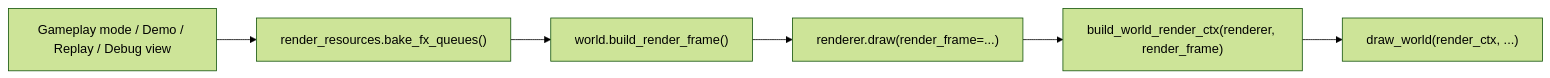
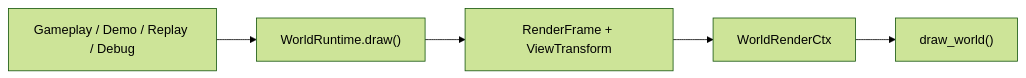
The first of 7 diagrams in docs/rewrite/rendering-pipeline.md (banteg/crimson), drawn with Mermaid (forest theme) before and after one commit. The commit also changed other lines of this file and 27 other files, not shown here.

Commit message:
refactor(render): use an explicit view transform for world drawing

````diff
--- a/docs/rewrite/rendering-pipeline.md
+++ b/docs/rewrite/rendering-pipeline.md
@@ -27,8 +27,7 @@
 ```mermaid
 flowchart LR
-    A["Gameplay mode / Demo / Replay / Debug view"] --> B["render_resources.bake_fx_queues()"]
-    B --> C["world.build_render_frame()"]
-    C --> D["renderer.draw(render_frame=...)"]
-    D --> E["build_world_render_ctx(renderer, render_frame)"]
-    E --> F["draw_world(render_ctx, ...)"]
+    A["Gameplay / Demo / Replay / Debug"] --> B["WorldRuntime.draw()"]
+    B --> C["RenderFrame + ViewTransform"]
+    C --> D["WorldRenderCtx"]
+    D --> E["draw_world()"]
 ```
````
